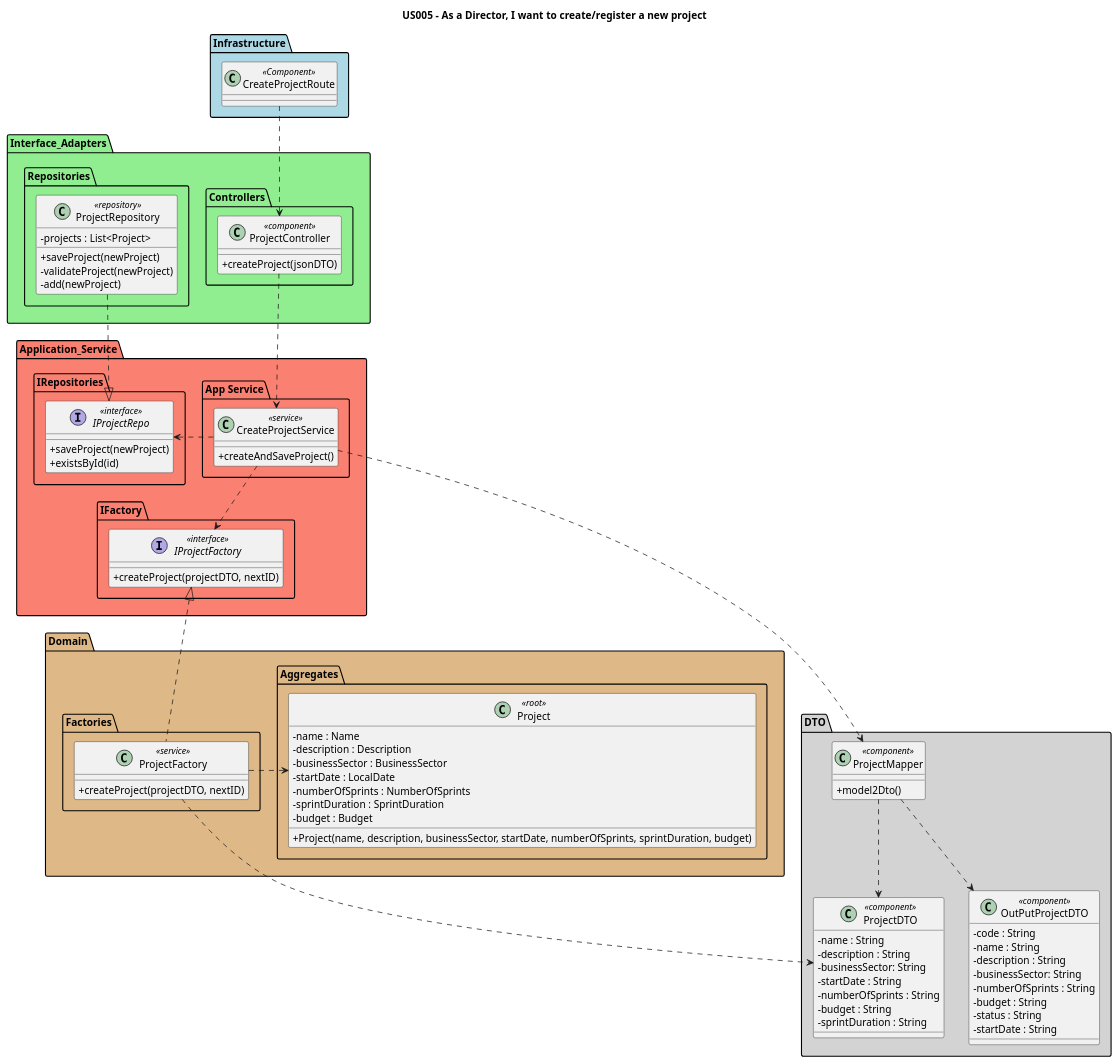
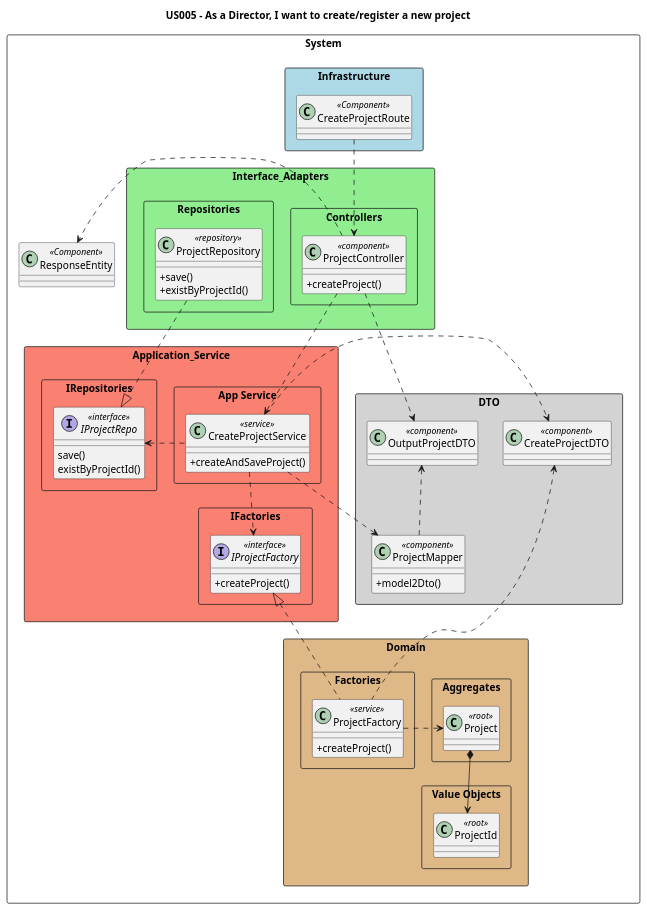
One commit to nunogon1211787/projectManagement changed the diagram in docs/Sprint1/US005/US005-CD.puml. Above: the diagram before and after it, drawn with PlantUML. The commit also changed 28 other files, not shown here.

Commit message:
US004: Reengineering: update code to implement DDD, Onion Architecture, REST and Spring-Boot. resolve #203, resolve #204, resolve #205

```diff
--- a/docs/Sprint1/US005/US005-CD.puml
+++ b/docs/Sprint1/US005/US005-CD.puml
@@ -1,109 +1,104 @@
 @startuml
 'https://plantuml.com/class-diagram
 
 skinparam classAttributeIconSize 0
 
 title US005 - As a Director, I want to create/register a new project
 
-package "Infrastructure" <<Package>>  #lightblue {
+
+package "System" <<Rectangle>> {
+
+'-------------------INFRASTRUCTURE-----------------------'
+package "Infrastructure" <<Rectangle>>  #lightblue {
 class "CreateProjectRoute" as infra <<Component>>{
 }
 }
 
-package Interface_Adapters <<Package>> #lightgreen{
-package "Controllers" <<Package>> {
+
+'-------------------INTERFACE ADAPTERS-------------------'
+package Interface_Adapters <<Rectangle>> #lightgreen{
+package "Controllers" <<Rectangle>> {
 class "ProjectController" as Ctrl <<component>> {
-+createProject(jsonDTO)
++createProject()
 }
 }
-package Repositories <<Package>> {
+package Repositories <<Rectangle>> {
 class "ProjectRepository" as projectRepo <<repository>> {
--projects : List<Project>
-+saveProject(newProject)
--validateProject(newProject)
--add(newProject)
++save()
++existByProjectId()
 }
 }
 }
 
-package Domain <<Package>> #burlywood{
-package "Aggregates" <<Package>> {
-class "Project" as project <<root>> {
--name : Name
--description : Description
--businessSector : BusinessSector
--startDate : LocalDate
--numberOfSprints : NumberOfSprints
--sprintDuration : SprintDuration
--budget : Budget
-+Project(name, description, businessSector, startDate, numberOfSprints, sprintDuration, budget)
+'-------------------APPLICATION SERVICE------------------'
+package Application_Service <<Rectangle>> #salmon {
+package IFactories <<Rectangle>> {
+interface "IProjectFactory" as inter <<interface>>{
++createProject()
 }
 }
-package "Factories" <<Package>> {
-class "ProjectFactory" as factory <<service>> {
-+createProject(projectDTO, nextID)
-}
+package IRepositories <<Rectangle>> {
+interface "IProjectRepo" as iRepo <<interface>>{
+save()
+existByProjectId()
 }
 }
 
-package "DTO" <<Package>> #lightgrey{
-class "ProjectMapper" as mapper <<component>> {
-+model2Dto()
-}
-
-class "ProjectDTO" as projectDTO <<component>> {
--name : String
--description : String
--businessSector: String
--startDate : String
--numberOfSprints : String
--budget : String
--sprintDuration : String
-}
-
-class "OutPutProjectDTO" as outPutDTO <<component>> {
--code : String
--name : String
--description : String
--businessSector: String
--numberOfSprints : String
--budget : String
--status : String
--startDate : String
-}
-}
-
-package Application_Service <<Package>> #salmon {
-package IFactory <<Package>> {
-interface "IProjectFactory" as inter <<interface>>{
-+createProject(projectDTO, nextID)
-}
-}
-package IRepositories <<Package>> {
-interface "IProjectRepo" as iRepo <<interface>>{
-+saveProject(newProject)
-+existsById(id)
-}
-}
-
-package "App Service" <<Package>> {
+package "App Service" <<Rectangle>> {
 class "CreateProjectService" as service <<service>> {
 +createAndSaveProject()
 }
 }
 }
 
+
+'-------------------DOMAIN-------------------------------'
+package Domain <<Rectangle>> #burlywood{
+package "Aggregates" <<Rectangle>> {
+class "Project" as project <<root>>
+}
+package "Factories" <<Rectangle>> {
+class "ProjectFactory" as factory <<service>> {
++createProject()
+}
+}
+package "Value Objects" <<Rectangle>> {
+class "ProjectId" as projId <<root>>
+}
+}
+
+
+'-------------------DTO----------------------------------'
+package "DTO" <<Rectangle>> #lightgrey{
+class "ProjectMapper" as mapper <<component>> {
++model2Dto()
+}
+class "CreateProjectDTO" as projectDTO <<component>>
+class "OutputProjectDTO" as outPutDTO <<component>>
+}
+
+
+'-------------------OTHERS-------------------------------'
+class "ResponseEntity" as json <<Component>>
+
+}
+
+
+'-------------------RELATIONSHIPS------------------------'
 infra ..> Ctrl
 Ctrl ..> service
+Ctrl .> json
 projectRepo ..|> iRepo
-service .left.> iRepo
+service .l.> iRepo
 service ..> inter
-service ..> mapper
-factory .up.|> inter
-factory .right.> project
-factory ..> projectDTO
-mapper ..> projectDTO
-mapper ..> outPutDTO
+service .r.> mapper
+factory .u.|> inter
+factory .r.> project
+factory .l.> projectDTO
+service .r.> projectDTO
+mapper .u.> outPutDTO
+Ctrl ..> outPutDTO
+project *--> projId
 
 
 @enduml
```
